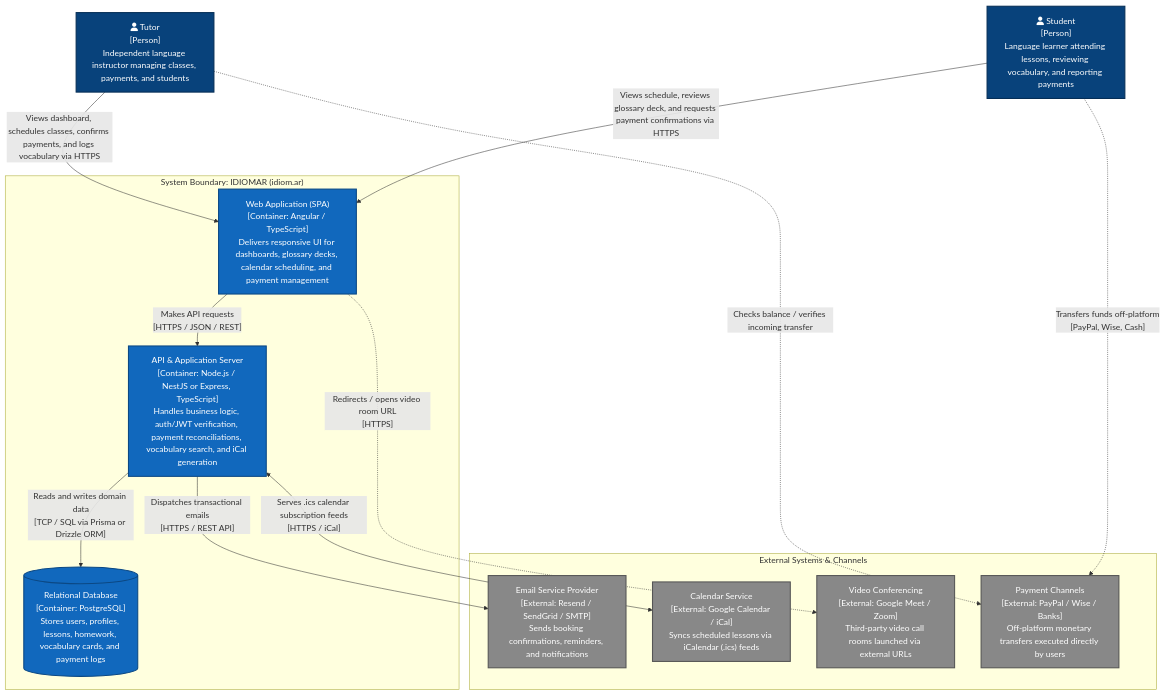
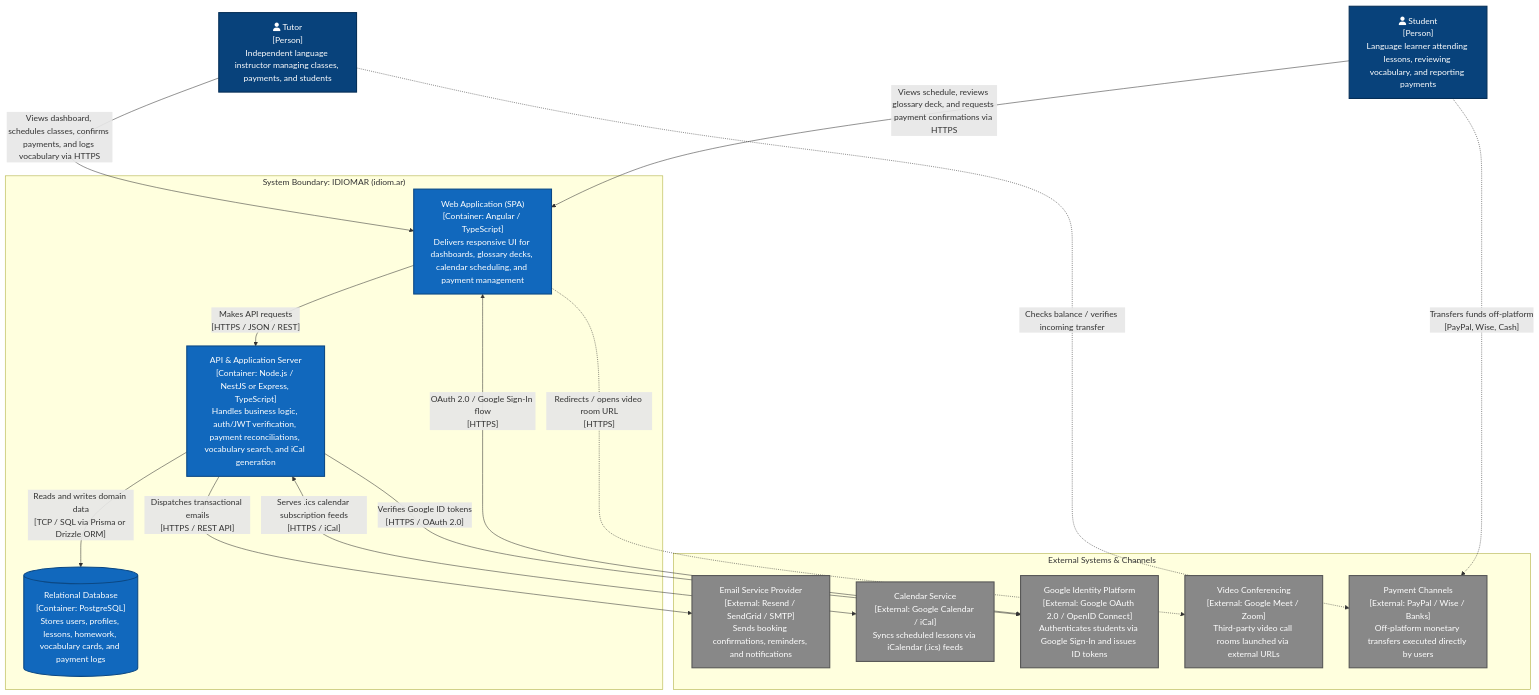
Before and after one commit to DmytroCherednichenko/idiomar-crm: the diagram in docs/diagrams/02-c4-level2-containers.mmd, drawn with Mermaid. The commit also changed 5 other files, not shown here.

Commit message:
add Google OAuth log-in to docs

```diff
--- a/docs/diagrams/02-c4-level2-containers.mmd
+++ b/docs/diagrams/02-c4-level2-containers.mmd
@@ -1,47 +1,50 @@
 flowchart TD
     %% Styling definitions
     classDef person fill:#08427b,stroke:#052e56,color:#ffffff,stroke-width:2px;
     classDef container fill:#1168bd,stroke:#0b4884,color:#ffffff,stroke-width:2px;
     classDef database fill:#1168bd,stroke:#0b4884,color:#ffffff,stroke-width:2px;
     classDef external fill:#888888,stroke:#555555,color:#ffffff,stroke-width:2px;
     classDef boundary fill:#f9f9f9,stroke:#999999,stroke-width:2px,stroke-dasharray: 5 5;
 
     %% Actors
     Tutor["fa:fa-user Tutor\n[Person]\nIndependent language instructor managing classes, payments, and students"]:::person
     Student["fa:fa-user Student\n[Person]\nLanguage learner attending lessons, reviewing vocabulary, and reporting payments"]:::person
 
     %% External Systems Out of Scope / Third-party
     subgraph ExternalServices["External Systems & Channels"]
+        GoogleAuth["Google Identity Platform\n[External: Google OAuth 2.0 / OpenID Connect]\nAuthenticates students via Google Sign-In and issues ID tokens"]:::external
         EmailService["Email Service Provider\n[External: Resend / SendGrid / SMTP]\nSends booking confirmations, reminders, and notifications"]:::external
         CalendarAPI["Calendar Service\n[External: Google Calendar / iCal]\nSyncs scheduled lessons via iCalendar (.ics) feeds"]:::external
         MeetingPlatform["Video Conferencing\n[External: Google Meet / Zoom]\nThird-party video call rooms launched via external URLs"]:::external
         PaymentChannels["Payment Channels\n[External: PayPal / Wise / Banks]\nOff-platform monetary transfers executed directly by users"]:::external
     end
 
     %% Main System Boundary
     subgraph IDIOMARSystem["System Boundary: IDIOMAR (idiom.ar)"]
         WebApp["Web Application (SPA)\n[Container: Angular / TypeScript]\nDelivers responsive UI for dashboards, glossary decks, calendar scheduling, and payment management"]:::container
 
         ApiServer["API & Application Server\n[Container: Node.js / NestJS or Express, TypeScript]\nHandles business logic, auth/JWT verification, payment reconciliations, vocabulary search, and iCal generation"]:::container
 
         Database[("Relational Database\n[Container: PostgreSQL]\nStores users, profiles, lessons, homework, vocabulary cards, and payment logs")]:::database
     end
 
     %% User Interactions
     Tutor -->|"Views dashboard, schedules classes, confirms payments, and logs vocabulary via HTTPS"| WebApp
     Student -->|"Views schedule, reviews glossary deck, and requests payment confirmations via HTTPS"| WebApp
 
     %% Frontend to Backend
     WebApp -->|"Makes API requests\n[HTTPS / JSON / REST]"| ApiServer
 
     %% Backend to Database
     ApiServer -->|"Reads and writes domain data\n[TCP / SQL via Prisma or Drizzle ORM]"| Database
 
     %% Backend to External
     ApiServer -->|"Dispatches transactional emails\n[HTTPS / REST API]"| EmailService
     ApiServer <-->|"Serves .ics calendar subscription feeds\n[HTTPS / iCal]"| CalendarAPI
+    ApiServer -->|"Verifies Google ID tokens\n[HTTPS / OAuth 2.0]"| GoogleAuth
 
     %% External Redirects / Off-platform actions
+    WebApp <-->|"OAuth 2.0 / Google Sign-In flow\n[HTTPS]"| GoogleAuth
     WebApp -.->|"Redirects / opens video room URL\n[HTTPS]"| MeetingPlatform
     Student -.->|"Transfers funds off-platform\n[PayPal, Wise, Cash]"| PaymentChannels
     Tutor -.->|"Checks balance / verifies incoming transfer"| PaymentChannels
```
